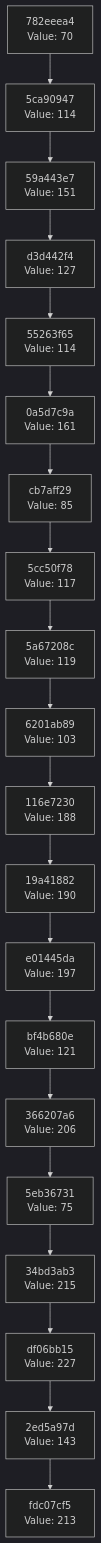
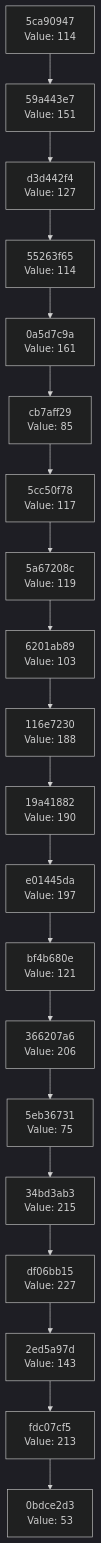
One commit to Abhisheksinha1506/hash-chain-evolver changed the diagram in docs/CHAIN_VISUALIZATION.md. Above: the diagram before and after it, drawn with Mermaid (dark theme). The commit also changed 2 other files, not shown here.

Commit message:
Evolution Step

````diff
--- a/docs/CHAIN_VISUALIZATION.md
+++ b/docs/CHAIN_VISUALIZATION.md
@@ -3,42 +3,42 @@
 ```mermaid
 graph TD
-    C0["fdc07cf5<br/>Value: 213"]
-    C1["2ed5a97d<br/>Value: 143"]
+    C0["0bdce2d3<br/>Value: 53"]
+    C1["fdc07cf5<br/>Value: 213"]
     C1 --> C0
-    C2["df06bb15<br/>Value: 227"]
+    C2["2ed5a97d<br/>Value: 143"]
     C2 --> C1
-    C3["34bd3ab3<br/>Value: 215"]
+    C3["df06bb15<br/>Value: 227"]
     C3 --> C2
-    C4["5eb36731<br/>Value: 75"]
+    C4["34bd3ab3<br/>Value: 215"]
     C4 --> C3
-    C5["366207a6<br/>Value: 206"]
+    C5["5eb36731<br/>Value: 75"]
     C5 --> C4
-    C6["bf4b680e<br/>Value: 121"]
+    C6["366207a6<br/>Value: 206"]
     C6 --> C5
-    C7["e01445da<br/>Value: 197"]
+    C7["bf4b680e<br/>Value: 121"]
     C7 --> C6
-    C8["19a41882<br/>Value: 190"]
+    C8["e01445da<br/>Value: 197"]
     C8 --> C7
-    C9["116e7230<br/>Value: 188"]
+    C9["19a41882<br/>Value: 190"]
     C9 --> C8
-    C10["6201ab89<br/>Value: 103"]
+    C10["116e7230<br/>Value: 188"]
     C10 --> C9
-    C11["5a67208c<br/>Value: 119"]
+    C11["6201ab89<br/>Value: 103"]
     C11 --> C10
-    C12["5cc50f78<br/>Value: 117"]
+    C12["5a67208c<br/>Value: 119"]
     C12 --> C11
-    C13["cb7aff29<br/>Value: 85"]
+    C13["5cc50f78<br/>Value: 117"]
     C13 --> C12
-    C14["0a5d7c9a<br/>Value: 161"]
+    C14["cb7aff29<br/>Value: 85"]
     C14 --> C13
-    C15["55263f65<br/>Value: 114"]
+    C15["0a5d7c9a<br/>Value: 161"]
     C15 --> C14
-    C16["d3d442f4<br/>Value: 127"]
+    C16["55263f65<br/>Value: 114"]
     C16 --> C15
-    C17["59a443e7<br/>Value: 151"]
+    C17["d3d442f4<br/>Value: 127"]
     C17 --> C16
-    C18["5ca90947<br/>Value: 114"]
+    C18["59a443e7<br/>Value: 151"]
     C18 --> C17
-    C19["782eeea4<br/>Value: 70"]
+    C19["5ca90947<br/>Value: 114"]
     C19 --> C18
 ```
````
